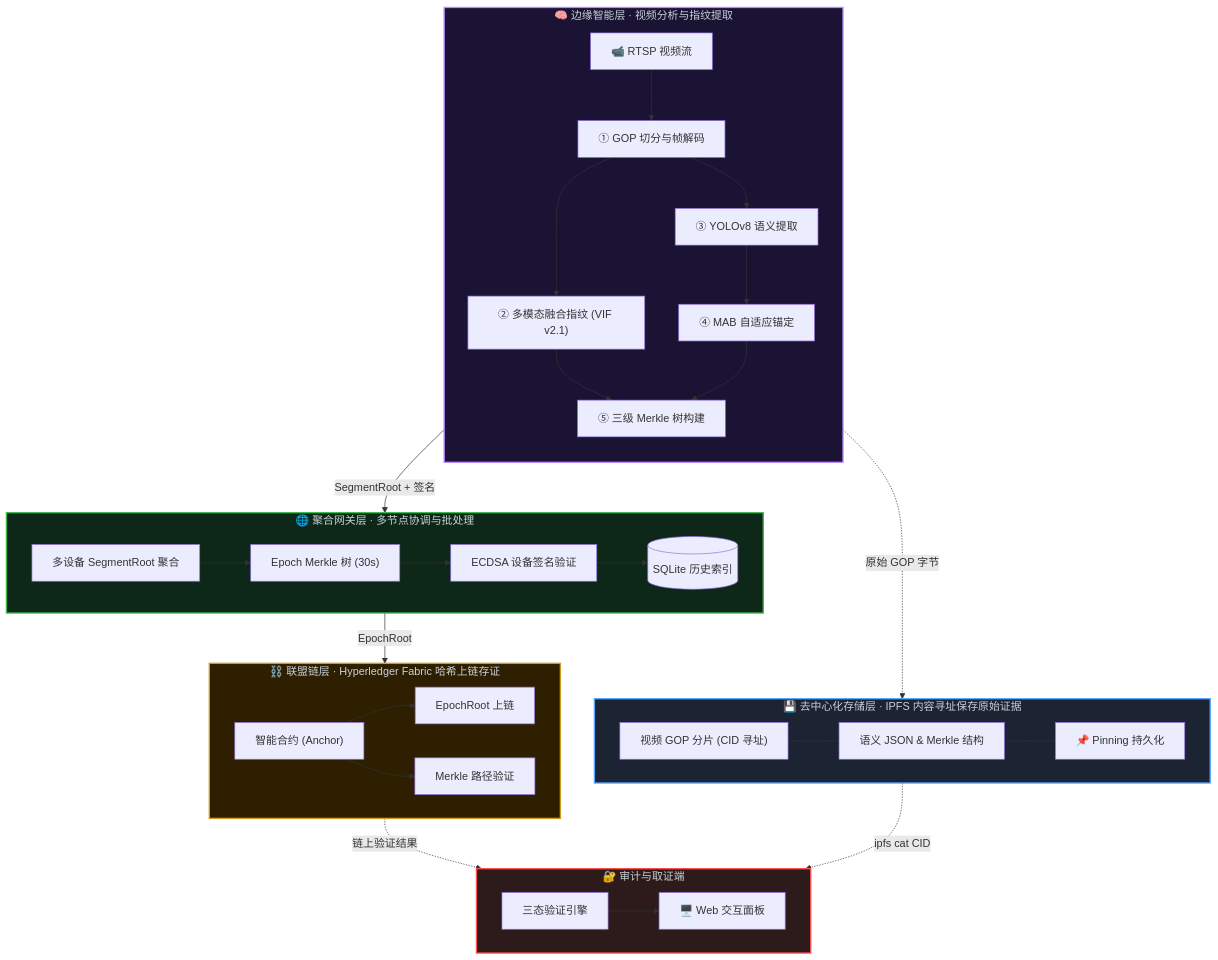
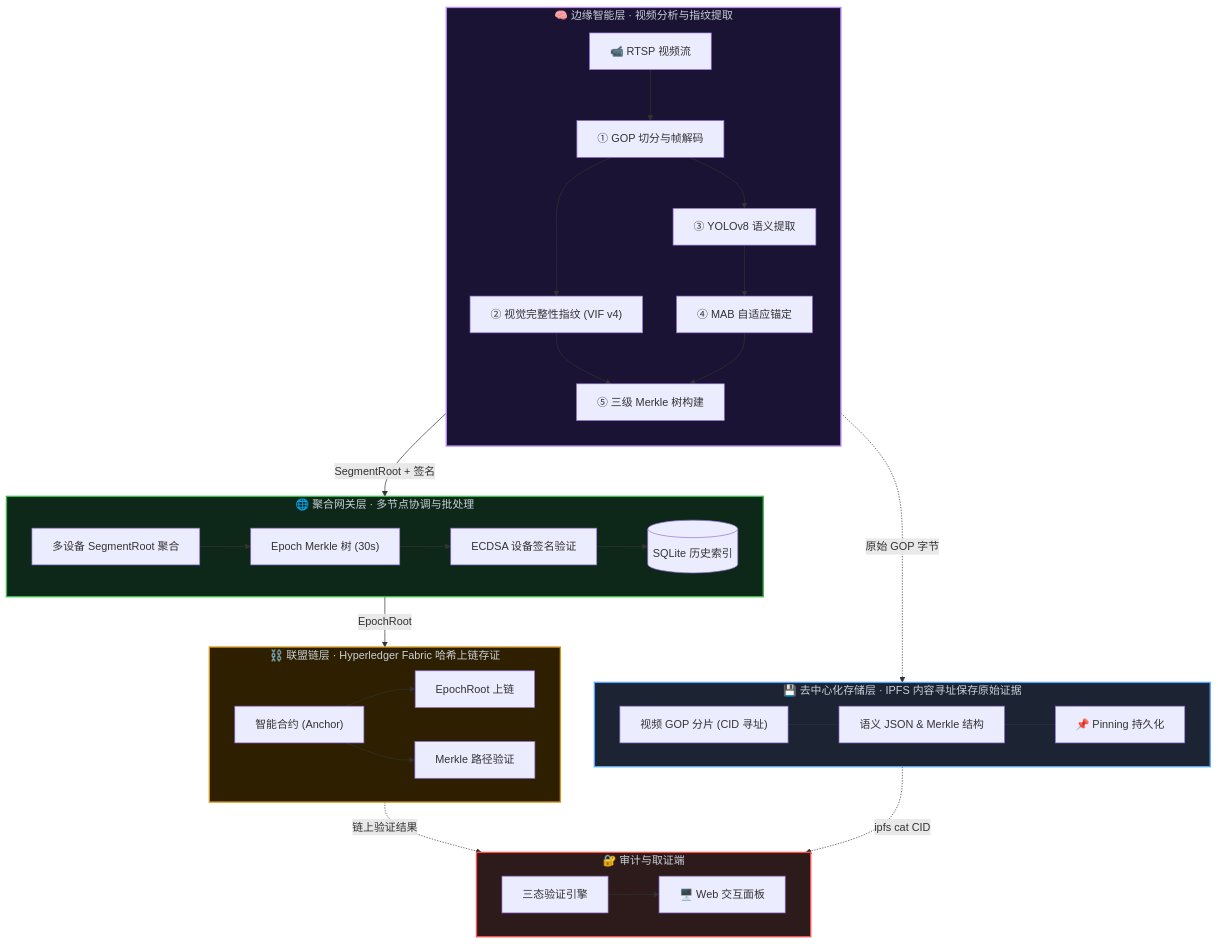
The diagram in README.md (NgokzittYu/CCTV-W-FABRIC), drawn with Mermaid before and after one commit. The commit also changed other lines of this file, not shown here.

````diff
--- a/README.md
+++ b/README.md
@@ -78,72 +77,72 @@
 ```mermaid
 flowchart TB
     subgraph EDGE["🧠 边缘智能层 · 视频分析与指纹提取"]
         direction TB
         CAM["📹 RTSP 视频流"]
         SP_DEMUX["① GOP 切分与帧解码"]
-        VIF["② 多模态融合指纹 (VIF v2.1)"]
+        VIF["② 视觉完整性指纹 (VIF v4)"]
         YOLO["③ YOLOv8 语义提取"]
         MAB["④ MAB 自适应锚定"]
         MK["⑤ 三级 Merkle 树构建"]
         
         CAM --> SP_DEMUX
         SP_DEMUX --> VIF
         SP_DEMUX --> YOLO
         YOLO --> MAB
         VIF --> MK
         MAB --> MK
     end
 
     subgraph GATEWAY["🌐 聚合网关层 · 多节点协调与批处理"]
         direction LR
         GW_AGG["多设备 SegmentRoot 聚合"]
         GW_EPOCH["Epoch Merkle 树 (30s)"]
         GW_SIG["ECDSA 设备签名验证"]
         GW_DB[("SQLite 历史索引")]
 
         GW_AGG --> GW_EPOCH
         GW_EPOCH --> GW_SIG
         GW_SIG --> GW_DB
     end
 
     subgraph STORAGE["💾 去中心化存储层 · IPFS 内容寻址保存原始证据"]
         direction LR
         IPFS_GOP["视频 GOP 分片 (CID 寻址)"]
         IPFS_META["语义 JSON & Merkle 结构"]
         IPFS_PIN["📌 Pinning 持久化"]
 
         IPFS_GOP --- IPFS_META
         IPFS_META --- IPFS_PIN
     end
 
     subgraph CHAIN["⛓️ 联盟链层 · Hyperledger Fabric 哈希上链存证"]
         direction LR
         SC["智能合约 (Anchor)"]
         SC_STORE["EpochRoot 上链"]
         SC_VERIFY["Merkle 路径验证"]
 
         SC --> SC_STORE
         SC --> SC_VERIFY
     end
 
     subgraph VERIFY["🔐 审计与取证端"]
         direction LR
         TRI_STATE["三态验证引擎"]
         DEMO["🖥️ Web 交互面板"]
         
         TRI_STATE --> DEMO
     end
 
     %% 层间数据流
     MK -->|"SegmentRoot + 签名"| GW_AGG
     MK -.->|"原始 GOP 字节"| IPFS_GOP
     GW_EPOCH -->|"EpochRoot"| SC
     IPFS_PIN -.->|"ipfs cat CID"| TRI_STATE
     SC_VERIFY -.->|"链上验证结果"| TRI_STATE
 
     style EDGE fill:#1a1333,stroke:#bc8cff,color:#c9d1d9,stroke-width:2px
     style GATEWAY fill:#0d2818,stroke:#3fb950,color:#c9d1d9,stroke-width:2px
     style STORAGE fill:#1c2333,stroke:#58a6ff,color:#c9d1d9,stroke-width:2px
     style CHAIN fill:#2d1f00,stroke:#d29922,color:#c9d1d9,stroke-width:2px
     style VERIFY fill:#2d1b1b,stroke:#f85149,color:#c9d1d9,stroke-width:2px
 ```
````
